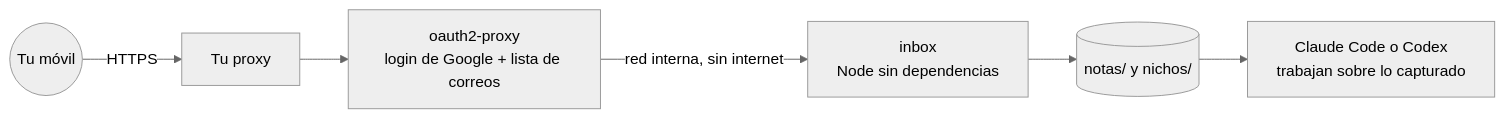
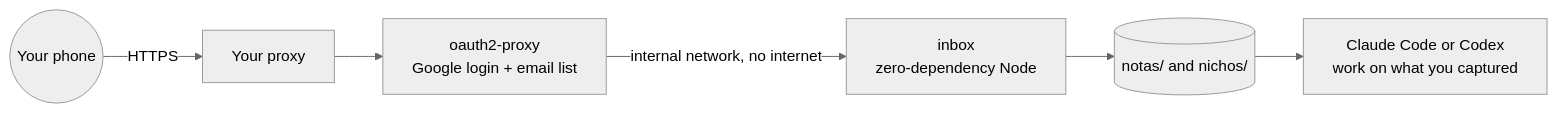
The diagram in README.md (RosaritoRD/laboratorio-nichos), drawn with Mermaid (neutral theme) before and after one commit. The commit also changed other lines of this file and 6 other files, not shown here.

````diff
--- a/README.md
+++ b/README.md
@@ -50,8 +53,8 @@
 ```mermaid
 flowchart LR
-    M((Tu móvil)) -->|HTTPS| P[Tu proxy]
-    P --> A[oauth2-proxy<br/>login de Google + lista de correos]
-    A -->|red interna, sin internet| I[inbox<br/>Node sin dependencias]
-    I --> N[(notas/ y nichos/)]
-    N --> C[Claude Code o Codex<br/>trabajan sobre lo capturado]
+    M((Your phone)) -->|HTTPS| P[Your proxy]
+    P --> A[oauth2-proxy<br/>Google login + email list]
+    A -->|internal network, no internet| I[inbox<br/>zero-dependency Node]
+    I --> N[(notas/ and nichos/)]
+    N --> C[Claude Code or Codex<br/>work on what you captured]
 ```
````
